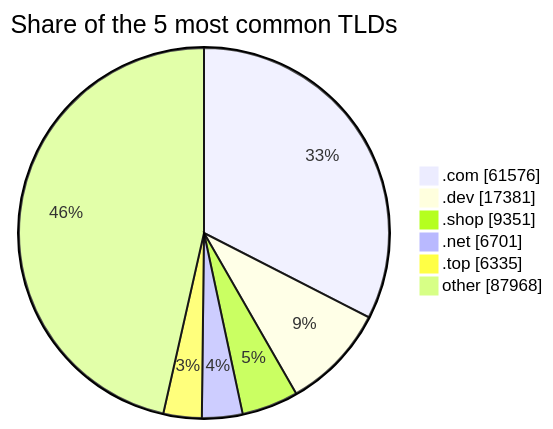
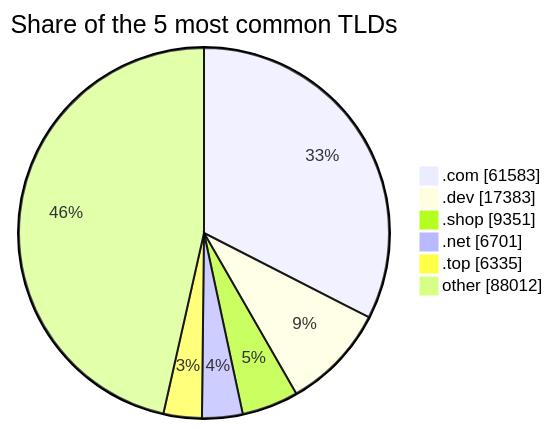
One commit to DNSBunker/CTI changed the third of 3 diagrams in README.md. Above: the diagram before and after it, drawn with Mermaid. The commit also changed other lines of this file and 3 other files, not shown here.

````diff
--- a/README.md
+++ b/README.md
@@ -81,9 +81,9 @@
 ```mermaid
 pie showData title Share of the 5 most common TLDs
-    ".com" : 61576
-    ".dev" : 17381
+    ".com" : 61583
+    ".dev" : 17383
     ".shop" : 9351
     ".net" : 6701
     ".top" : 6335
-    "other" : 87968
+    "other" : 88012
 ```
````
